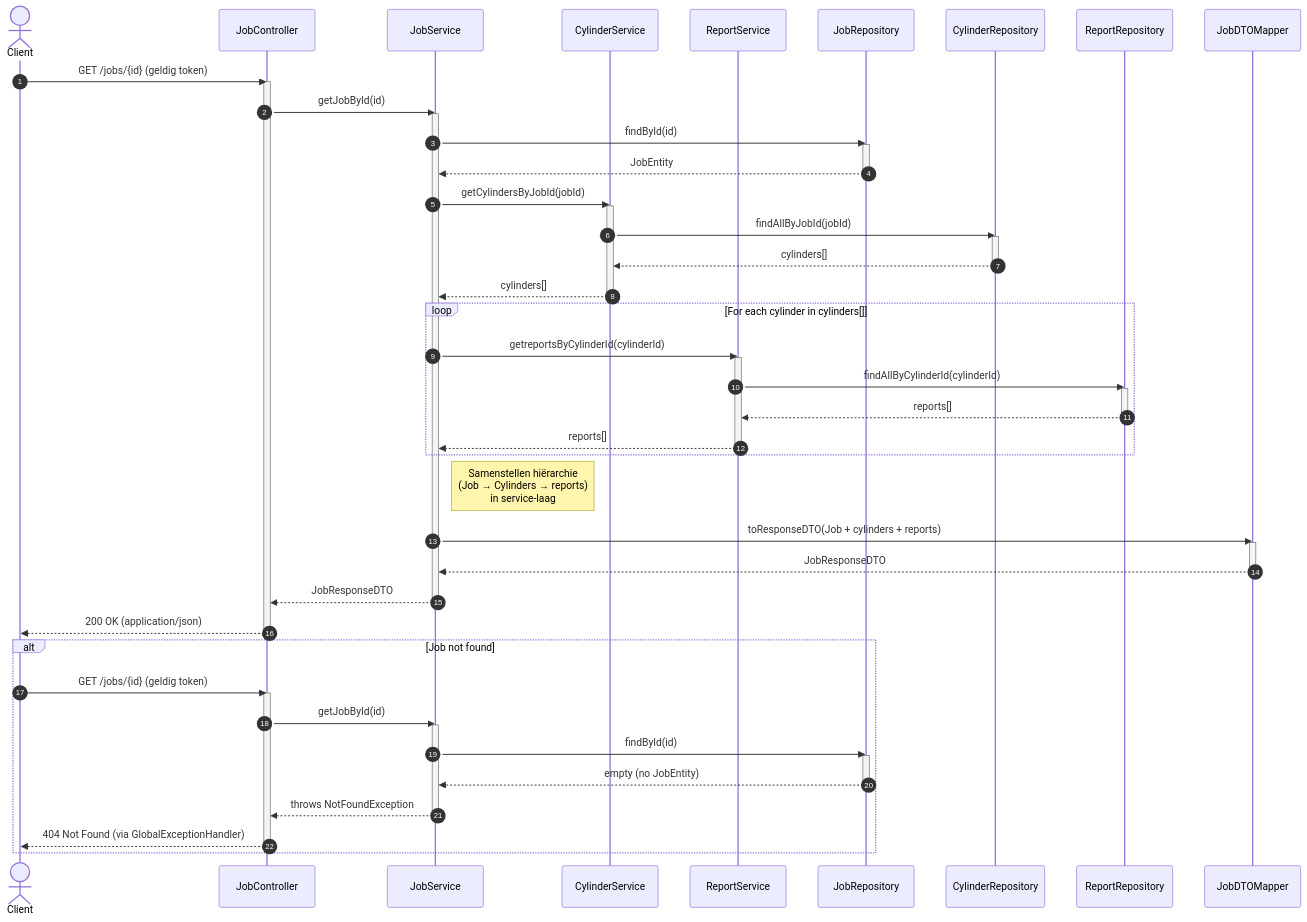
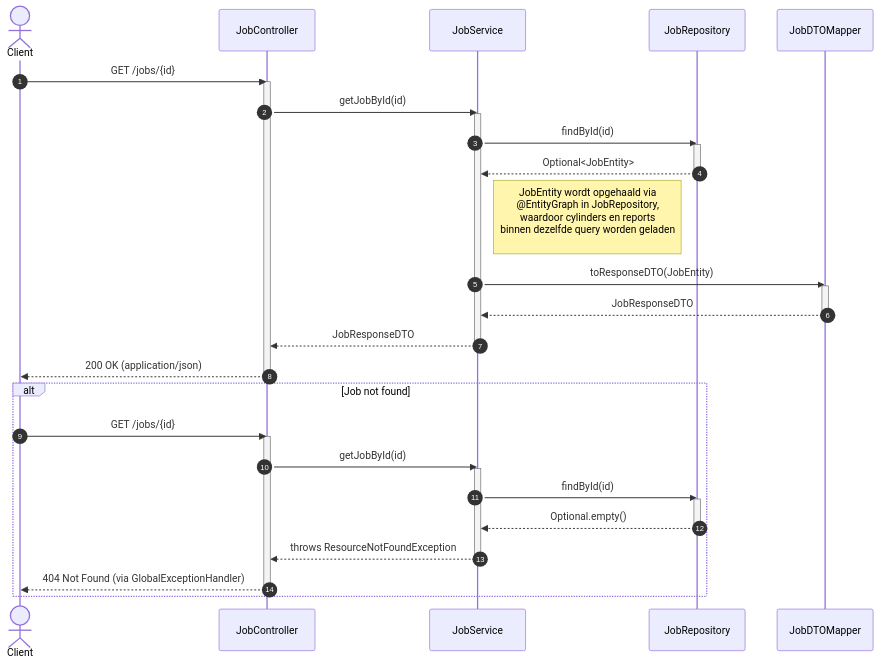
One commit to Th3Bl0ndG0d/WBJE_Backend changed the diagram in src/main/java/nl/avflexologic/wbje/classDiagram/sequenceDiagram_GetJob.MMD. Above: the diagram before and after it, drawn with Mermaid. The commit also changed 18 other files, not shown here.

Commit message:
Checking all graphs and fixing small mistakes

```diff
--- a/src/main/java/nl/avflexologic/wbje/classDiagram/sequenceDiagram_GetJob.MMD
+++ b/src/main/java/nl/avflexologic/wbje/classDiagram/sequenceDiagram_GetJob.MMD
@@ -1,79 +1,58 @@
 sequenceDiagram
     autonumber
 
     actor Client
     participant JobController
     participant JobService
-    participant CylinderService
-    participant ReportService
     participant JobRepository
-    participant CylinderRepository
-    participant ReportRepository
     participant JobDTOMapper
 
 %% =================================================
 %% 1) Happy flow
 %% =================================================
-    Client->>JobController: GET /jobs/{id} (geldig token)
+    Client->>JobController: GET /jobs/{id}
     activate JobController
+
     JobController->>JobService: getJobById(id)
     activate JobService
 
     JobService->>JobRepository: findById(id)
     activate JobRepository
-    JobRepository-->>JobService: JobEntity
+    JobRepository-->>JobService: Optional<JobEntity>
     deactivate JobRepository
 
-    JobService->>CylinderService: getCylindersByJobId(jobId)
-    activate CylinderService
-    CylinderService->>CylinderRepository: findAllByJobId(jobId)
-    activate CylinderRepository
-    CylinderRepository-->>CylinderService: cylinders[]
-    deactivate CylinderRepository
-    CylinderService-->>JobService: cylinders[]
-    deactivate CylinderService
+    Note right of JobService: JobEntity wordt opgehaald via<br/>@EntityGraph in JobRepository,<br/>waardoor cylinders en reports<br/>binnen dezelfde query worden geladen<br/>
 
-    loop For each cylinder in cylinders[]
-        JobService->>ReportService: getreportsByCylinderId(cylinderId)
-        activate ReportService
-        ReportService->>ReportRepository: findAllByCylinderId(cylinderId)
-        activate ReportRepository
-        ReportRepository-->>ReportService: reports[]
-        deactivate ReportRepository
-        ReportService-->>JobService: reports[]
-        deactivate ReportService
-    end
 
-    Note right of JobService: Samenstellen hiërarchie<br/>(Job → Cylinders → reports)<br/>in service-laag
-
-    JobService->>JobDTOMapper: toResponseDTO(Job + cylinders + reports)
+    JobService->>JobDTOMapper: toResponseDTO(JobEntity)
     activate JobDTOMapper
     JobDTOMapper-->>JobService: JobResponseDTO
     deactivate JobDTOMapper
 
     JobService-->>JobController: JobResponseDTO
     deactivate JobService
 
     JobController-->>Client: 200 OK (application/json)
     deactivate JobController
 
 %% =================================================
 %% 2) Alternative flow: Job not found (404)
 %% =================================================
     alt Job not found
-        Client->>JobController: GET /jobs/{id} (geldig token)
+        Client->>JobController: GET /jobs/{id}
         activate JobController
+
         JobController->>JobService: getJobById(id)
         activate JobService
 
         JobService->>JobRepository: findById(id)
         activate JobRepository
-        JobRepository-->>JobService: empty (no JobEntity)
+        JobRepository-->>JobService: Optional.empty()
         deactivate JobRepository
 
-        JobService-->>JobController: throws NotFoundException
+        JobService-->>JobController: throws ResourceNotFoundException
         deactivate JobService
 
         JobController-->>Client: 404 Not Found (via GlobalExceptionHandler)
         deactivate JobController
     end
```
